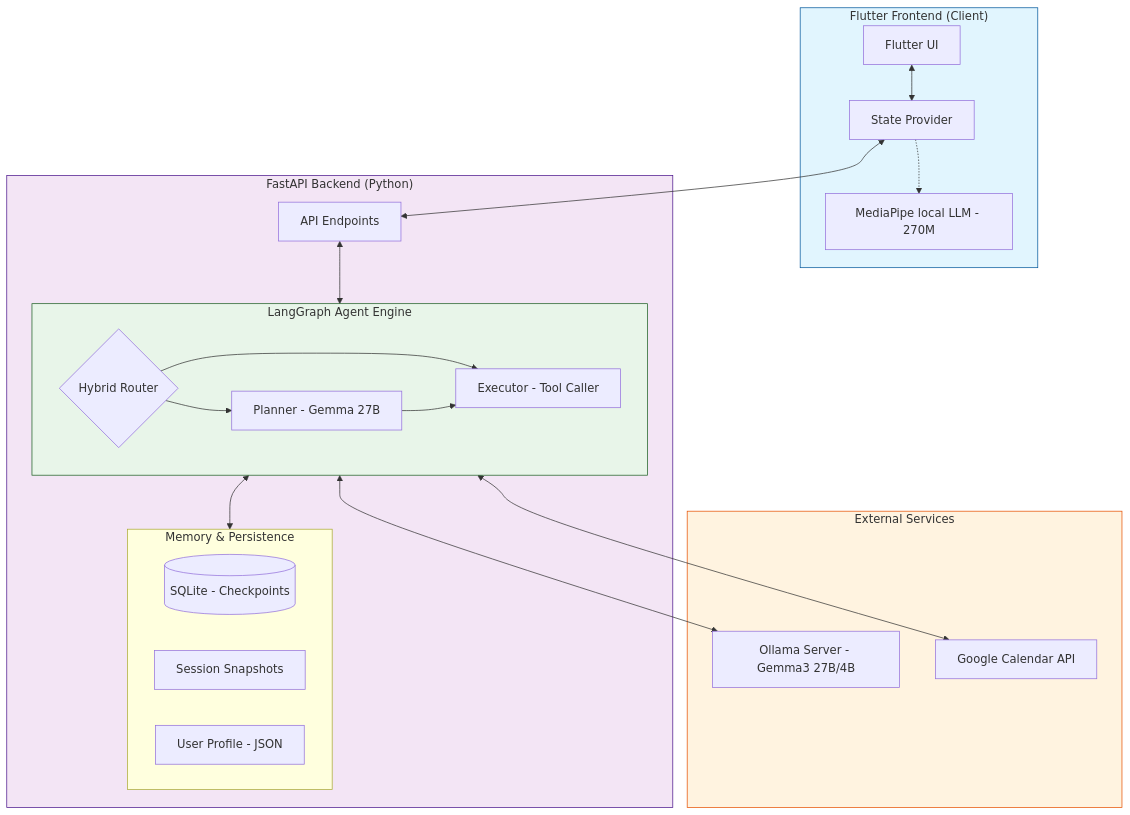
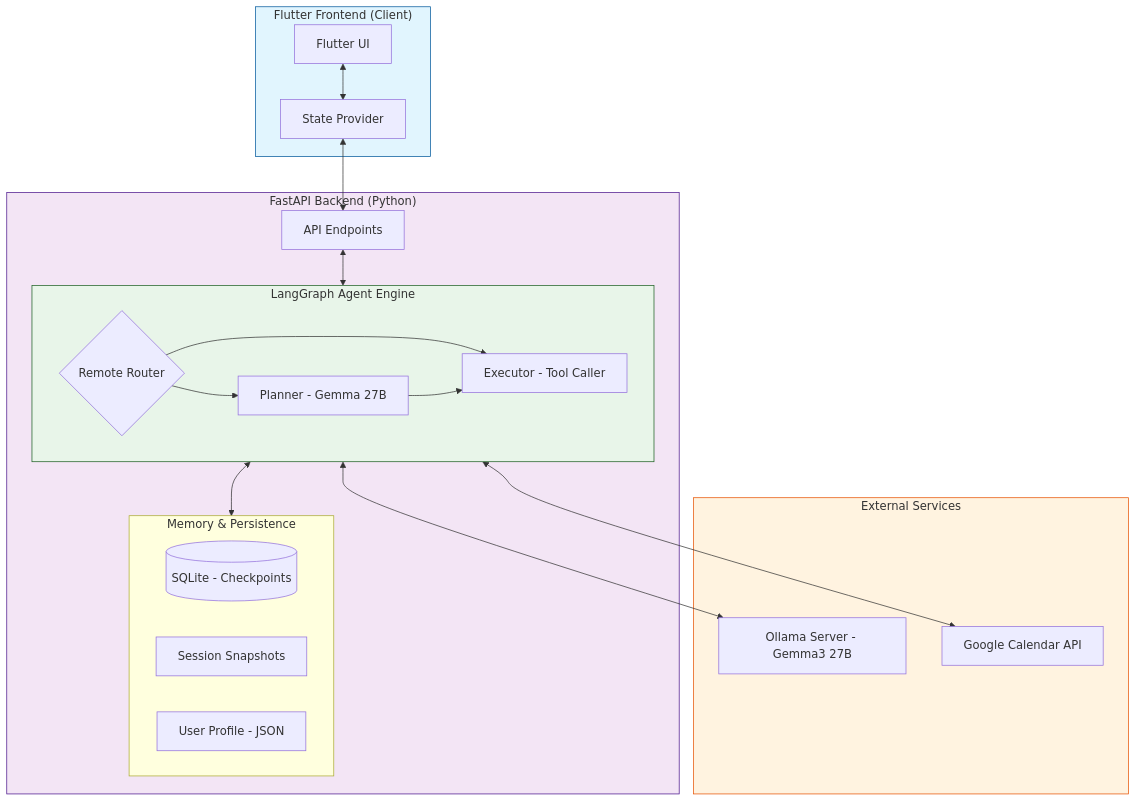
Before and after one commit to kc9302/AI_Assistant: the diagram in README.md, drawn with Mermaid. The commit also changed other lines of this file and 15 other files, not shown here.

````diff
--- a/README.md
+++ b/README.md
@@ -39,46 +39,44 @@
 ```mermaid
 graph TB
     subgraph Client ["Flutter Frontend (Client)"]
-        UI[Flutter UI]
-        Prov[State Provider]
-        LocalLLM[MediaPipe local LLM - 270M]
+        UI["Flutter UI"]
+        Prov["State Provider"]
         UI <--> Prov
-        Prov -.-> LocalLLM
     end
 
     subgraph Backend ["FastAPI Backend (Python)"]
-        API[API Endpoints]
+        API["API Endpoints"]
         
         subgraph Agent ["LangGraph Agent Engine"]
-            Router{Hybrid Router}
-            Planner[Planner - Gemma 27B]
-            Executor[Executor - Tool Caller]
+            Router{Remote Router}
+            Planner["Planner - Gemma 27B"]
+            Executor["Executor - Tool Caller"]
             Router --> Planner
             Router --> Executor
             Planner --> Executor
         end
         
         subgraph Storage ["Memory & Persistence"]
-            DB[(SQLite - Checkpoints)]
-            Sess[Session Snapshots]
-            Profile[User Profile - JSON]
+            DB[("SQLite - Checkpoints")]
+            Sess["Session Snapshots"]
+            Profile["User Profile - JSON"]
         end
 
         API <--> Agent
         Agent <--> Storage
     end
 
     subgraph Infrastructure ["External Services"]
-        Ollama[Ollama Server - Gemma3 27B/4B]
-        GCal[Google Calendar API]
+        Ollama["Ollama Server - Gemma3 27B"]
+        GCal["Google Calendar API"]
     end
 
     Prov <--> API
     Agent <--> Ollama
     Agent <--> GCal
 
     style Client fill:#e1f5fe,stroke:#01579b
     style Backend fill:#f3e5f5,stroke:#4a148c
     style Infrastructure fill:#fff3e0,stroke:#e65100
     style Agent fill:#e8f5e9,stroke:#1b5e20
 ```
````
